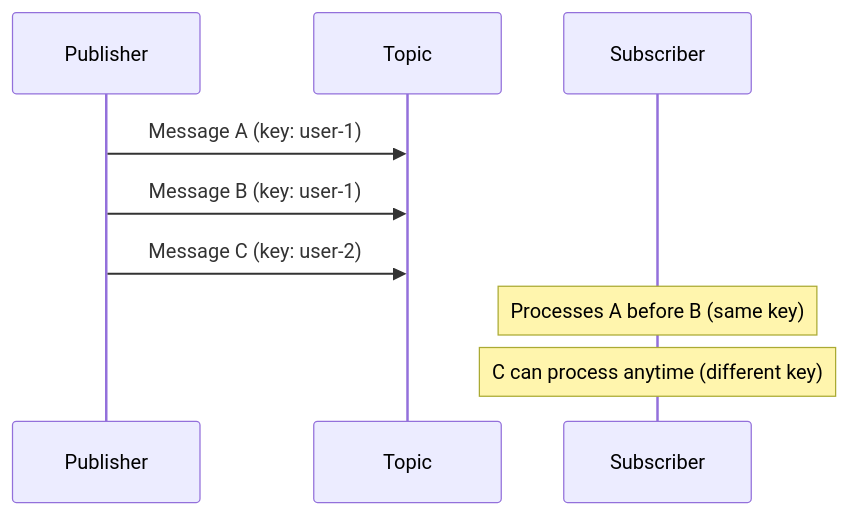
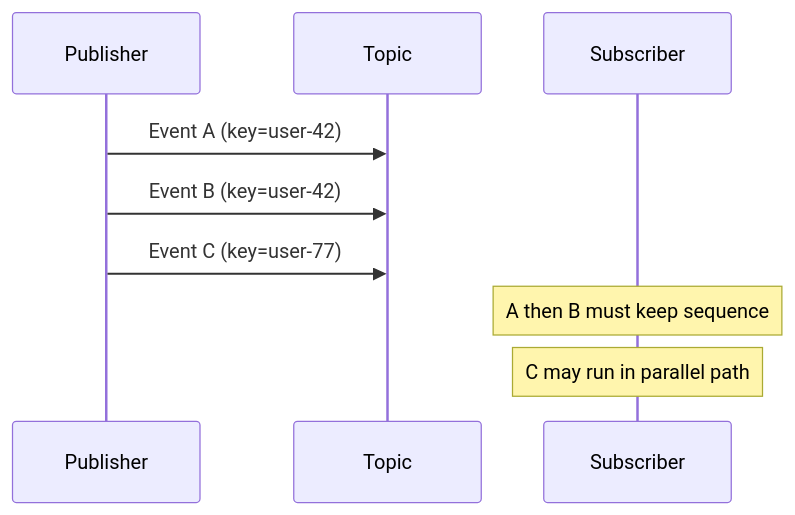
The first of 2 diagrams in docs/markdown/advanced/ordering.md (matheusvnm/fastpubsub), drawn with Mermaid before and after one commit. The commit also changed other lines of this file and 18 other files, not shown here.

````diff
--- a/docs/markdown/advanced/ordering.md
+++ b/docs/markdown/advanced/ordering.md
@@ -23,13 +19,13 @@
 ```mermaid
 sequenceDiagram
     participant P as Publisher
     participant T as Topic
     participant S as Subscriber
 
-    P->>T: Message A (key: user-1)
-    P->>T: Message B (key: user-1)
-    P->>T: Message C (key: user-2)
+    P->>T: Event A (key=user-42)
+    P->>T: Event B (key=user-42)
+    P->>T: Event C (key=user-77)
 
-    Note over S: Processes A before B (same key)
-    Note over S: C can process anytime (different key)
+    Note over S: A then B must keep sequence
+    Note over S: C may run in parallel path
 ```
````
